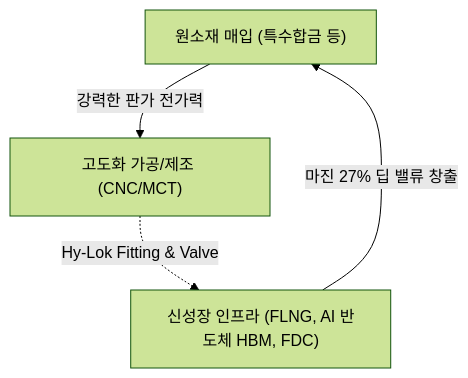
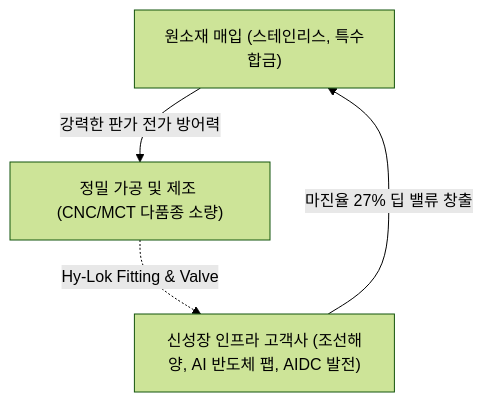
One commit to eve830521-cmd/my-skill changed the diagram in Stock_Research/하이록코리아/3_Final_Reports/Phase1_Report.md. Above: the diagram before and after it, drawn with Mermaid (forest theme). The commit also changed other lines of this file and 120 other files, not shown here.

Commit message:
feat: Update Korean Stock Analyzer skill, stock research reports, and timelines

````diff
--- a/Stock_Research/하이록코리아/3_Final_Reports/Phase1_Report.md
+++ b/Stock_Research/하이록코리아/3_Final_Reports/Phase1_Report.md
@@ -7,6 +9,6 @@
 ```mermaid
 graph TD
-    A["원소재 매입 (특수합금 등)"] -->|"강력한 판가 전가력"| B["고도화 가공/제조 (CNC/MCT)"]
-    B -. "Hy-Lok Fitting & Valve" .-> C["신성장 인프라 (FLNG, AI 반도체 HBM, FDC)"]
-    C -->|"마진 27% 딥 밸류 창출"| A
+    A["원소재 매입 (스테인리스, 특수합금)"] -->|"강력한 판가 전가 방어력"| B["정밀 가공 및 제조 (CNC/MCT 다품종 소량)"]
+    B -. "Hy-Lok Fitting & Valve" .-> C["신성장 인프라 고객사 (조선해양, AI 반도체 팹, AIDC 발전)"]
+    C -->|"마진율 27% 딥 밸류 창출"| A
 ```
````
